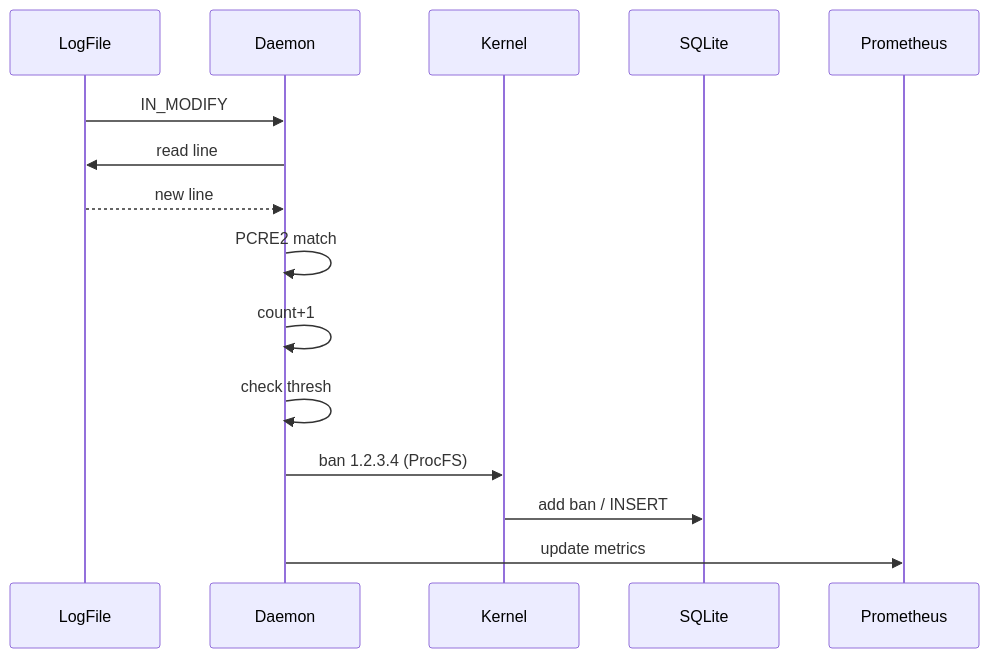
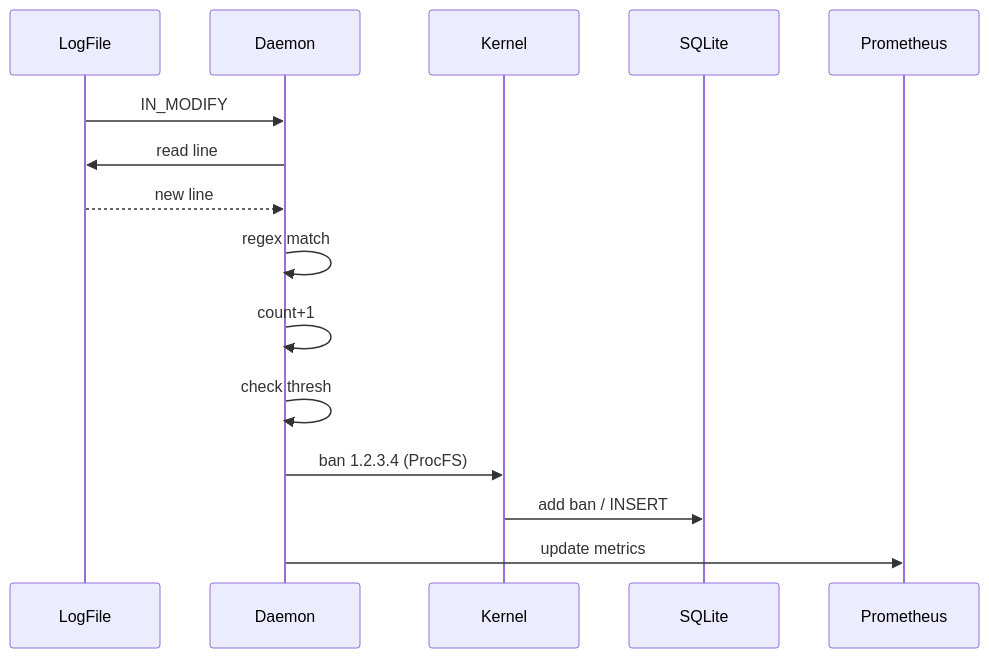
One commit to SnowCore8/linux-firewall-kmod changed the sixth of 7 diagrams in docs/en/architecture/data-flow.md. Above: the diagram before and after it, drawn with Mermaid. The commit also changed other lines of this file and 35 other files, not shown here.

````diff
--- a/docs/en/architecture/data-flow.md
+++ b/docs/en/architecture/data-flow.md
@@ -112,18 +112,18 @@
 ```mermaid
 sequenceDiagram
     participant L as LogFile
     participant D as Daemon
     participant K as Kernel
     participant S as SQLite
     participant P as Prometheus
 
     L->>D: IN_MODIFY
     D->>L: read line
     L-->>D: new line
-    D->>D: PCRE2 match
+    D->>D: regex match
     D->>D: count+1
     D->>D: check thresh
     D->>K: ban 1.2.3.4 (ProcFS)
     K->>S: add ban / INSERT
     D->>P: update metrics
 ```
````
